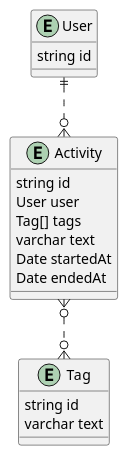
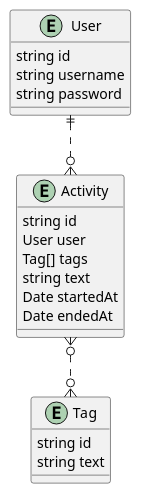
The diagram in Entities.md (ntnbrtnkv/factracker), drawn with PlantUML before and after one commit. The commit also changed 25 other files, not shown here.

````diff
--- a/Entities.md
+++ b/Entities.md
@@ -3,24 +3,26 @@
 ```plantuml
 @startuml
 entity Activity {
   string id
   User user
   Tag[] tags
-  varchar text
+  string text
   Date startedAt
   Date endedAt
 }
 
 entity User {
   string id
+  string username
+  string password
 }
 
 entity Tag {
   string id
-  varchar text
+  string text
 }
 
 User ||..o{ Activity
 Activity }o..o{ Tag
 @enduml
 ```
````
